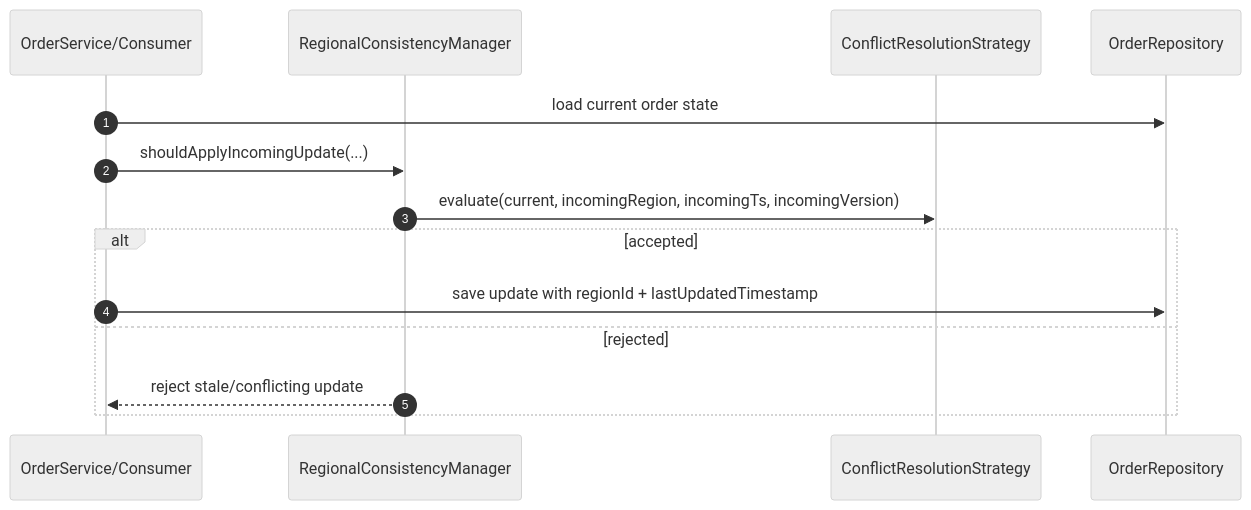
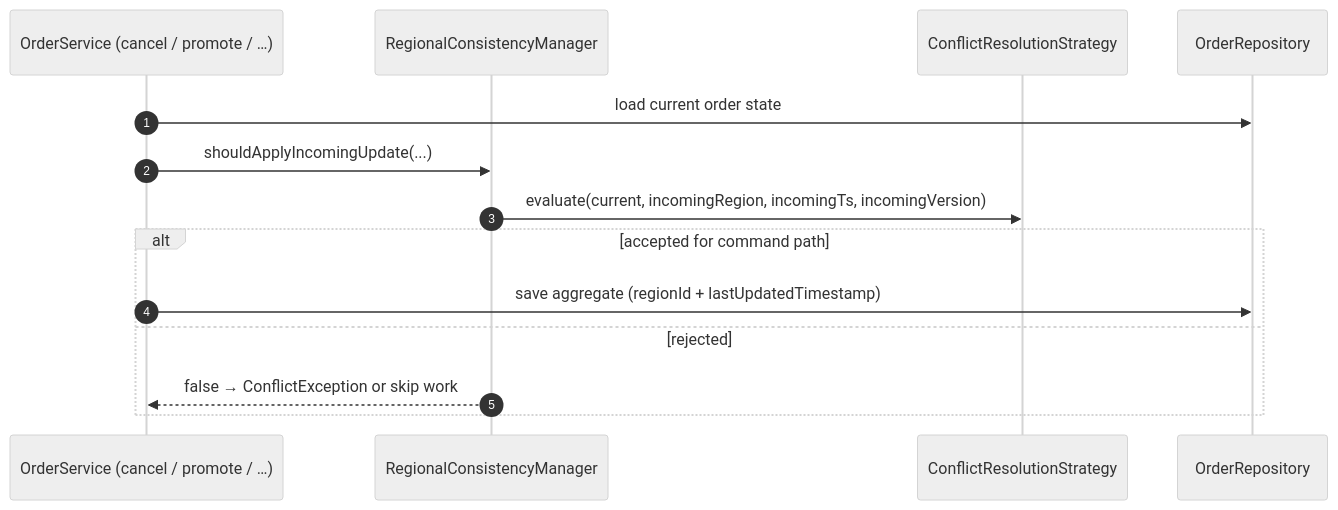
One commit to AbhinavT09/OrderProcessingSystem changed the second of 3 diagrams in docs/reference/infrastructure-layer.md. Above: the diagram before and after it, drawn with Mermaid (neutral theme). The commit also changed other lines of this file and 23 other files, not shown here.

First line of the commit message:
Add architecture tests and enhance JPA repository coverage

````diff
--- a/docs/reference/infrastructure-layer.md
+++ b/docs/reference/infrastructure-layer.md
@@ -266,17 +270,17 @@
 ```mermaid
 sequenceDiagram
     autonumber
-    participant Service as OrderService/Consumer
+    participant OS as OrderService (cancel / promote / …)
     participant RCM as RegionalConsistencyManager
     participant CRS as ConflictResolutionStrategy
     participant Repo as OrderRepository
 
-    Service->>Repo: load current order state
-    Service->>RCM: shouldApplyIncomingUpdate(...)
+    OS->>Repo: load current order state
+    OS->>RCM: shouldApplyIncomingUpdate(...)
     RCM->>CRS: evaluate(current, incomingRegion, incomingTs, incomingVersion)
-    alt accepted
-        Service->>Repo: save update with regionId + lastUpdatedTimestamp
+    alt accepted for command path
+        OS->>Repo: save aggregate (regionId + lastUpdatedTimestamp)
     else rejected
-        RCM-->>Service: reject stale/conflicting update
+        RCM-->>OS: false → ConflictException or skip work
     end
 ```
````
